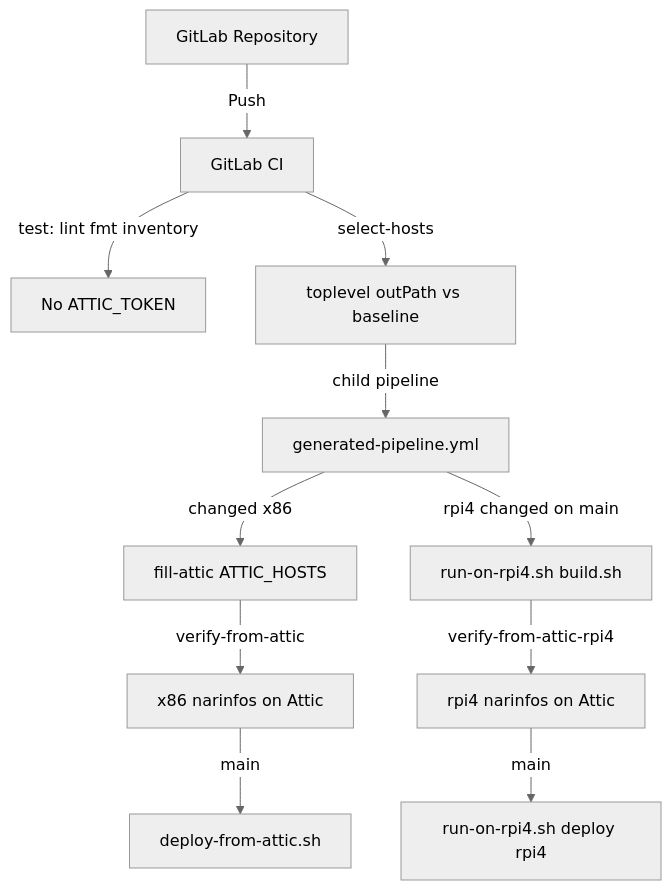
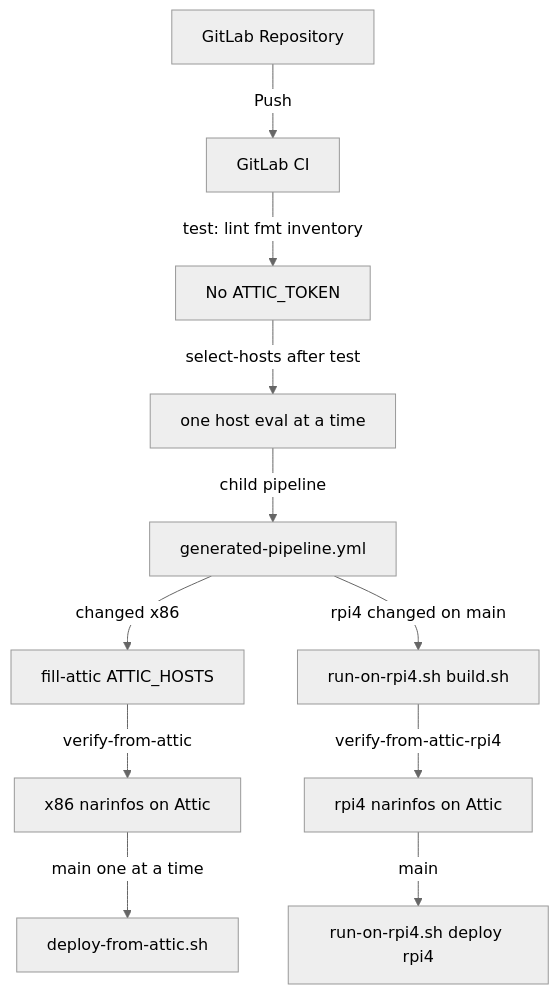
Before and after one commit to alexthemayers/nixos-fleet: the diagram in docs/deployments.md, drawn with Mermaid (neutral theme). The commit also changed other lines of this file and 8 other files, not shown here.

````diff
--- a/docs/deployments.md
+++ b/docs/deployments.md
@@ -17,13 +17,13 @@
 ```mermaid
 graph TD
     GitLab[GitLab Repository] -->|Push| CI[GitLab CI]
     CI -->|test: lint fmt inventory| Test[No ATTIC_TOKEN]
-    CI -->|select-hosts| Select[toplevel outPath vs baseline]
+    Test -->|select-hosts after test| Select[one host eval at a time]
     Select -->|child pipeline| Child[generated-pipeline.yml]
     Child -->|changed x86| Fill[fill-attic ATTIC_HOSTS]
     Child -->|rpi4 changed on main| FillPi[run-on-rpi4.sh build.sh]
     Fill -->|verify-from-attic| Prove[x86 narinfos on Attic]
     FillPi -->|verify-from-attic-rpi4| ProvePi[rpi4 narinfos on Attic]
-    Prove -->|main| Deploy[deploy-from-attic.sh]
+    Prove -->|main one at a time| Deploy[deploy-from-attic.sh]
     ProvePi -->|main| DeployPi[run-on-rpi4.sh deploy rpi4]
 ```
````
